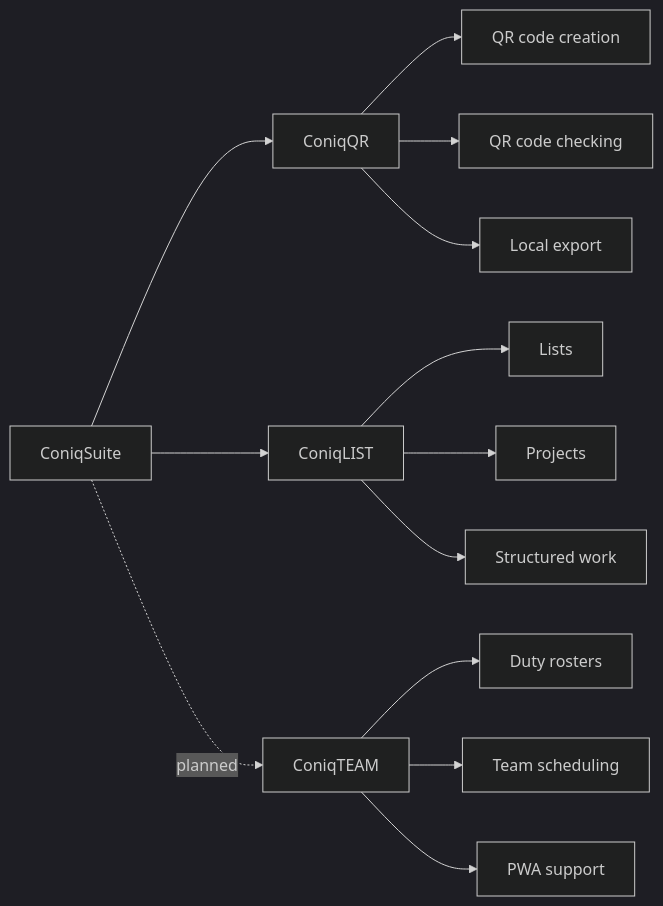
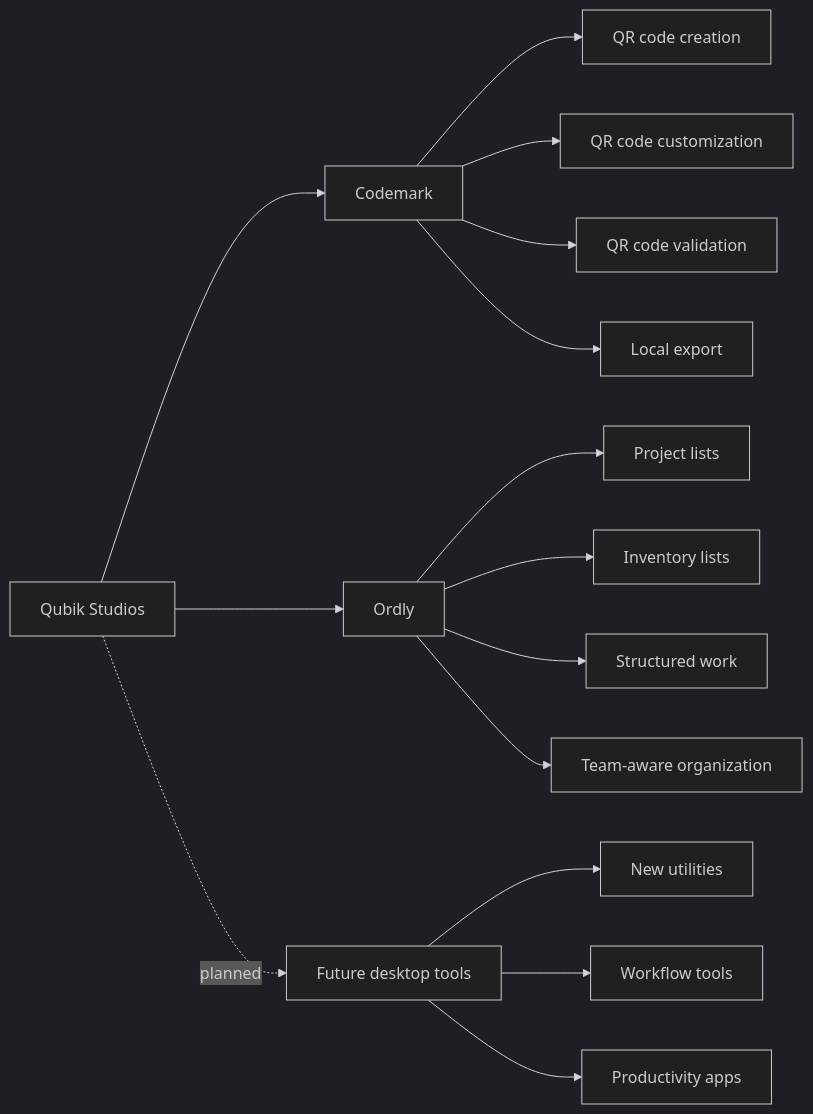
Before and after one commit to ConiqSuite/.github: the first of 2 diagrams in profile/README.md, drawn with Mermaid (dark theme). The commit also changed other lines of this file, not shown here.

````diff
--- a/profile/README.md
+++ b/profile/README.md
@@ -64,18 +67,20 @@
 ```mermaid
 flowchart LR
-    A[ConiqSuite] --> B[ConiqQR]
-    A --> C[ConiqLIST]
-    A -. planned .-> D[ConiqTEAM]
+    A[Qubik Studios] --> B[Codemark]
+    A --> C[Ordly]
+    A -. planned .-> D[Future desktop tools]
 
     B --> B1[QR code creation]
-    B --> B2[QR code checking]
-    B --> B3[Local export]
+    B --> B2[QR code customization]
+    B --> B3[QR code validation]
+    B --> B4[Local export]
 
-    C --> C1[Lists]
-    C --> C2[Projects]
+    C --> C1[Project lists]
+    C --> C2[Inventory lists]
     C --> C3[Structured work]
+    C --> C4[Team-aware organization]
 
-    D --> D1[Duty rosters]
-    D --> D2[Team scheduling]
-    D --> D3[PWA support]
+    D --> D1[New utilities]
+    D --> D2[Workflow tools]
+    D --> D3[Productivity apps]
 ```
````
